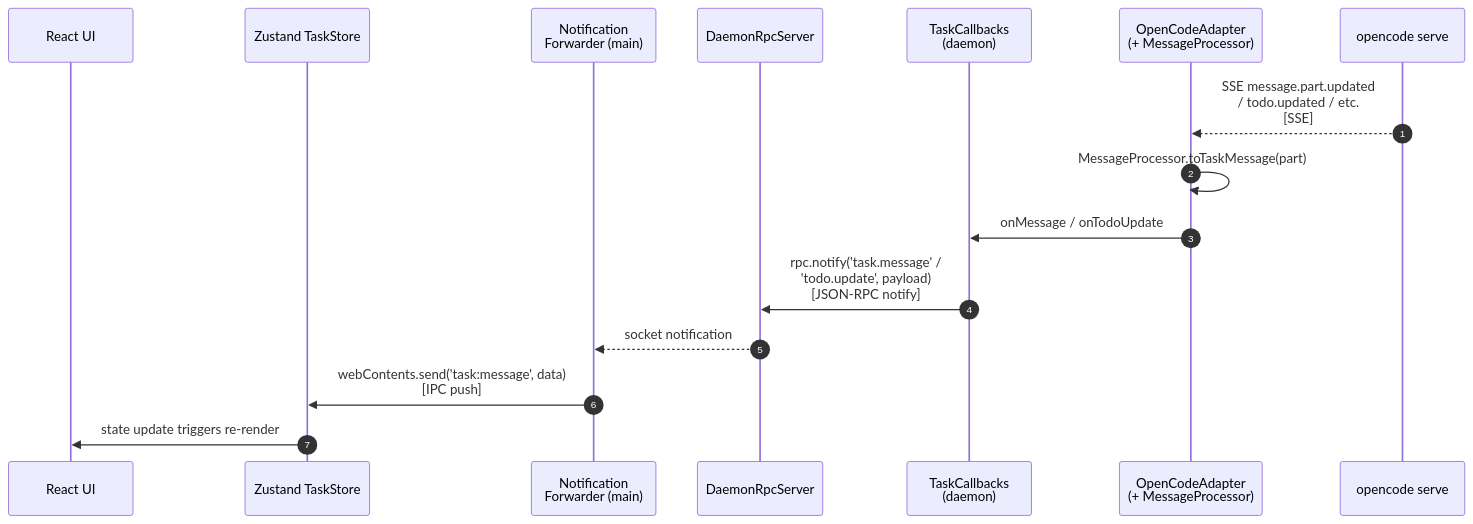
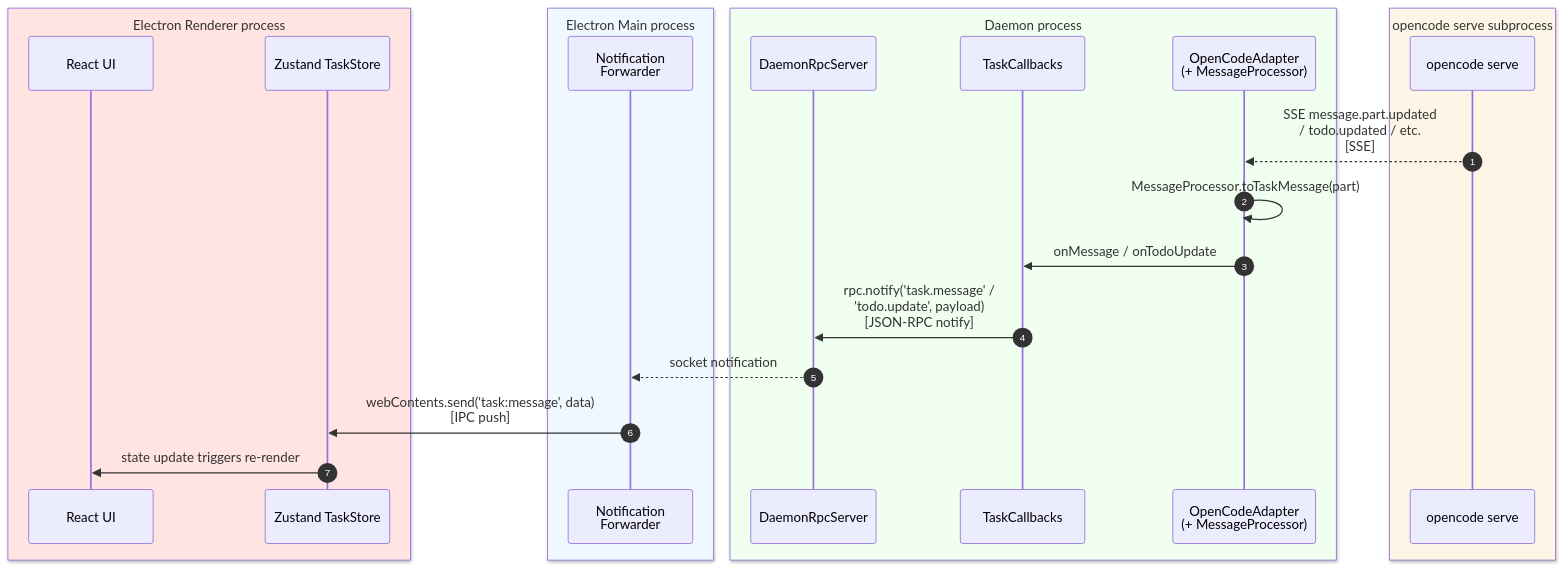
Before and after one commit to accomplish-ai/accomplish: the sixth of 10 diagrams in docs/functional-sequence-diagrams.md, drawn with Mermaid. The commit also changed other lines of this file and 46 other files, not shown here.

````diff
--- a/docs/functional-sequence-diagrams.md
+++ b/docs/functional-sequence-diagrams.md
@@ -187,19 +228,27 @@
 ```mermaid
 sequenceDiagram
     autonumber
-    participant UI as React UI
-    participant Store as Zustand TaskStore
-    participant NF as Notification<br/>Forwarder (main)
-    participant RPC as DaemonRpcServer
-    participant TCB as TaskCallbacks<br/>(daemon)
-    participant A as OpenCodeAdapter<br/>(+ MessageProcessor)
-    participant OC as opencode serve
+    box mistyrose Electron Renderer process
+      participant UI as React UI
+      participant Store as Zustand TaskStore
+    end
+    box aliceblue Electron Main process
+      participant NF as Notification<br/>Forwarder
+    end
+    box honeydew Daemon process
+      participant RPC as DaemonRpcServer
+      participant TCB as TaskCallbacks
+      participant A as OpenCodeAdapter<br/>(+ MessageProcessor)
+    end
+    box oldlace opencode serve subprocess
+      participant OC as opencode serve
+    end
 
     OC-->>A: SSE message.part.updated<br/>/ todo.updated / etc.<br/>[SSE]
     A->>A: MessageProcessor.toTaskMessage(part)
     A->>TCB: onMessage / onTodoUpdate
     TCB->>RPC: rpc.notify('task.message' /<br/>'todo.update', payload)<br/>[JSON-RPC notify]
     RPC-->>NF: socket notification
     NF->>Store: webContents.send('task:message', data)<br/>[IPC push]
     Store->>UI: state update triggers re-render
 ```
````
